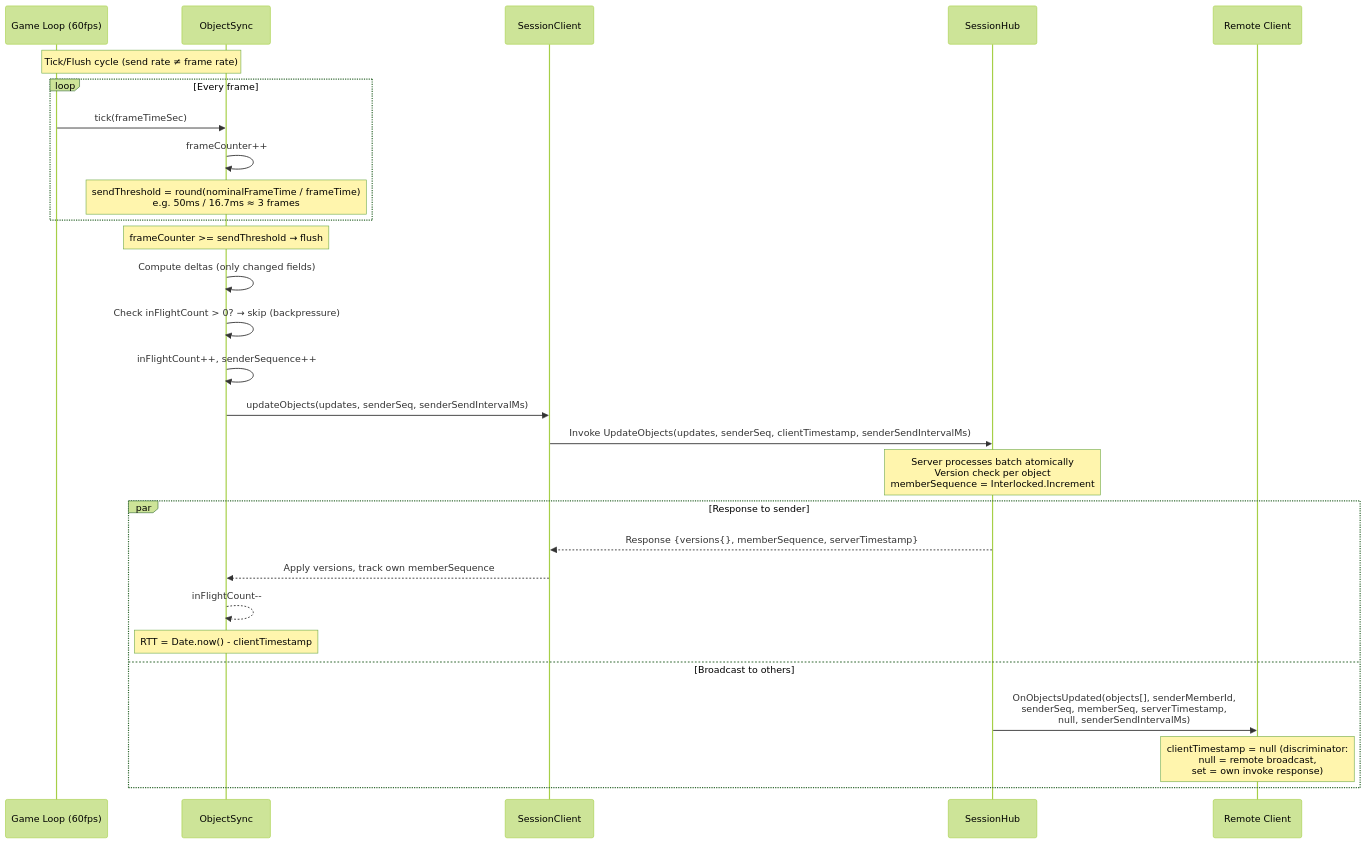
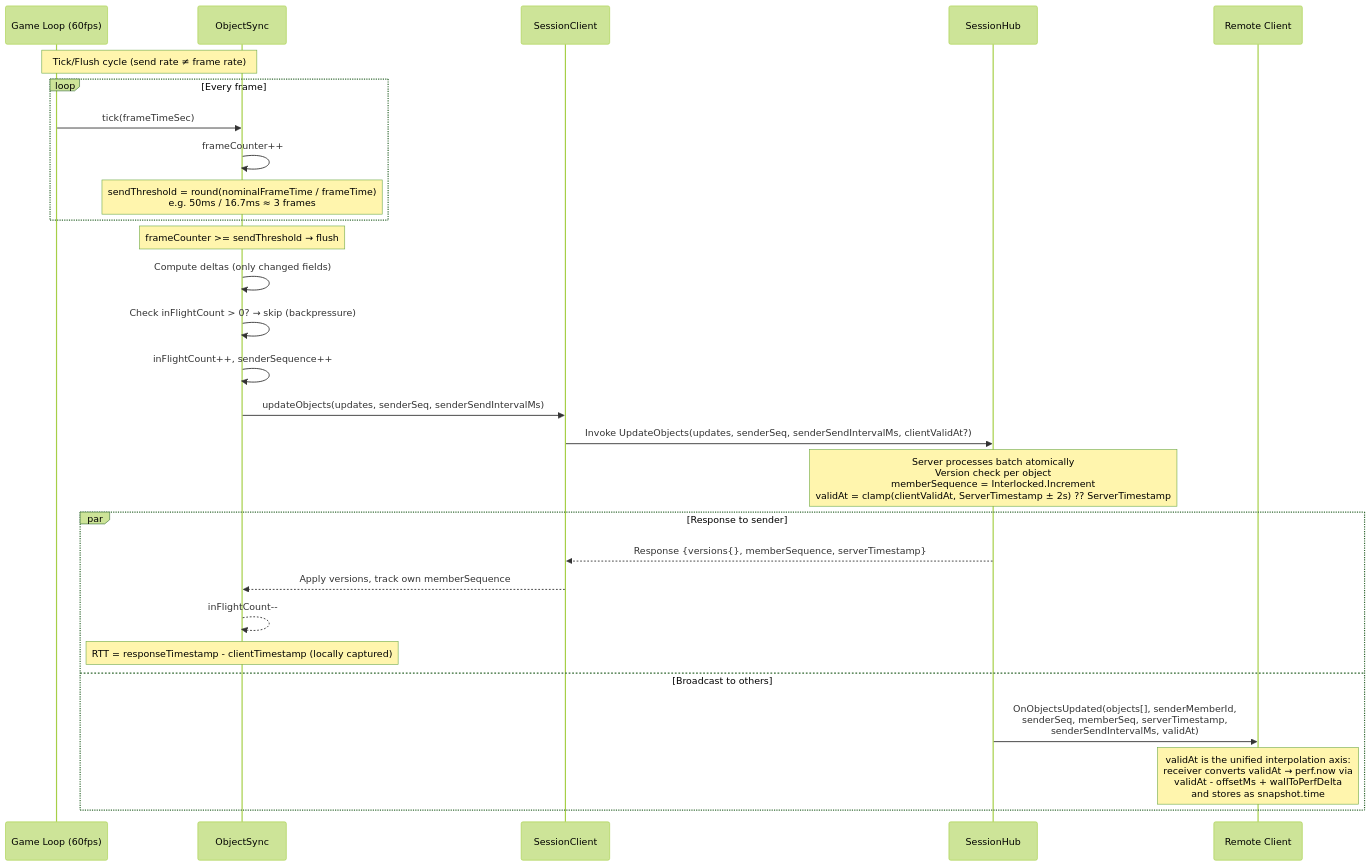
Before and after one commit to badvoidstar/asteroids: diagram 20 of 35 in ARCHITECTURE.md, drawn with Mermaid (forest theme). The commit also changed other lines of this file and 8 other files, not shown here.

````diff
--- a/ARCHITECTURE.md
+++ b/ARCHITECTURE.md
@@ -740,34 +740,34 @@
 ```mermaid
 sequenceDiagram
     participant GL as Game Loop (60fps)
     participant OS as ObjectSync
     participant SC as SessionClient
     participant HUB as SessionHub
     participant R as Remote Client
 
     Note over GL,OS: Tick/Flush cycle (send rate ≠ frame rate)
     loop Every frame
         GL->>OS: tick(frameTimeSec)
         OS->>OS: frameCounter++
         Note over OS: sendThreshold = round(nominalFrameTime / frameTime)<br/>e.g. 50ms / 16.7ms ≈ 3 frames
     end
 
     Note over OS: frameCounter >= sendThreshold → flush
     OS->>OS: Compute deltas (only changed fields)
     OS->>OS: Check inFlightCount > 0? → skip (backpressure)
     OS->>OS: inFlightCount++, senderSequence++
     OS->>SC: updateObjects(updates, senderSeq, senderSendIntervalMs)
-    SC->>HUB: Invoke UpdateObjects(updates, senderSeq, clientTimestamp, senderSendIntervalMs)
+    SC->>HUB: Invoke UpdateObjects(updates, senderSeq, senderSendIntervalMs, clientValidAt?)
 
-    Note over HUB: Server processes batch atomically<br/>Version check per object<br/>memberSequence = Interlocked.Increment
+    Note over HUB: Server processes batch atomically<br/>Version check per object<br/>memberSequence = Interlocked.Increment<br/>validAt = clamp(clientValidAt, ServerTimestamp ± 2s) ?? ServerTimestamp
 
     par Response to sender
         HUB-->>SC: Response {versions{}, memberSequence, serverTimestamp}
         SC-->>OS: Apply versions, track own memberSequence
         OS-->>OS: inFlightCount--
-        Note over OS: RTT = Date.now() - clientTimestamp
+        Note over OS: RTT = responseTimestamp - clientTimestamp (locally captured)
     and Broadcast to others
-        HUB->>R: OnObjectsUpdated(objects[], senderMemberId,<br/>senderSeq, memberSeq, serverTimestamp,<br/>null, senderSendIntervalMs)
-        Note over R: clientTimestamp = null (discriminator:<br/>null = remote broadcast,<br/>set = own invoke response)
+        HUB->>R: OnObjectsUpdated(objects[], senderMemberId,<br/>senderSeq, memberSeq, serverTimestamp,<br/>senderSendIntervalMs, validAt)
+        Note over R: validAt is the unified interpolation axis:<br/>receiver converts validAt → perf.now via<br/>validAt - offsetMs + wallToPerfDelta<br/>and stores as snapshot.time
     end
 ```
````
